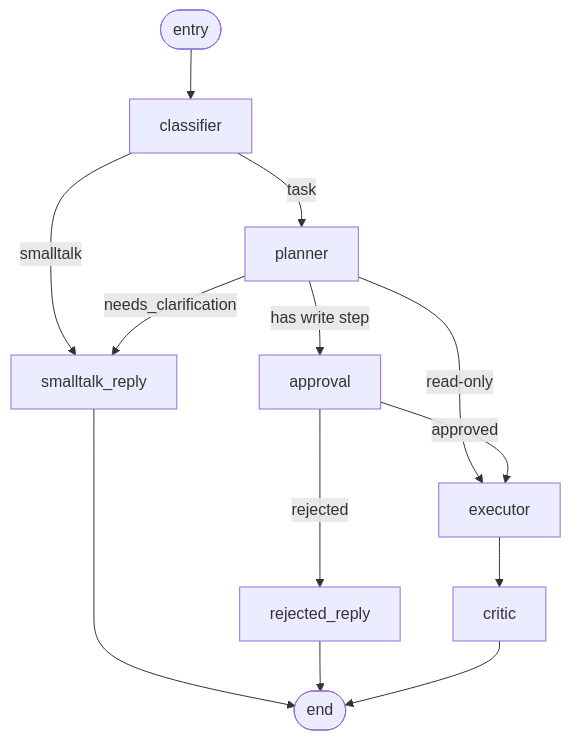
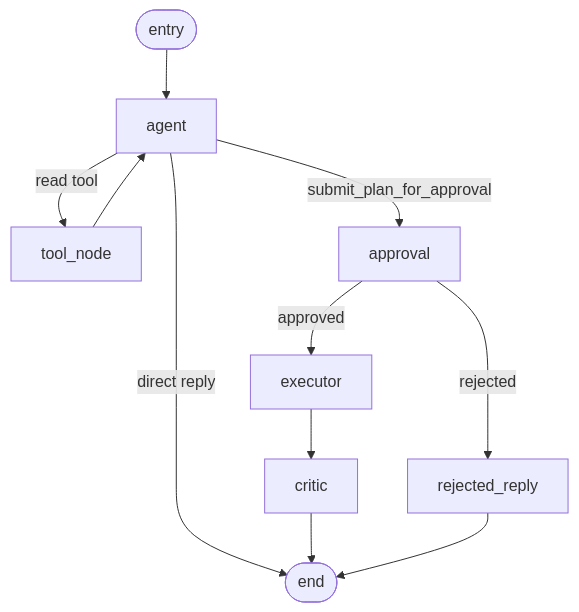
One commit to Sahilgul/lyralabs-cleint-app changed the diagram in README.md. Above: the diagram before and after it, drawn with Mermaid. The commit also changed other lines of this file and 19 other files, not shown here.

````diff
--- a/README.md
+++ b/README.md
@@ -211,12 +211,9 @@
 ```mermaid
 flowchart TD
-    start([entry]) --> classifier
-    classifier -- smalltalk --> smalltalk_reply --> finish([end])
-    classifier -- task --> planner
-    planner -- needs_clarification --> smalltalk_reply
-    planner -- has write step --> approval
-    planner -- read-only --> executor
-    approval -- approved --> executor
+    start([entry]) --> agent
+    agent -- direct reply --> finish([end])
+    agent -- read tool --> tool_node --> agent
+    agent -- submit_plan_for_approval --> approval
+    approval -- approved --> executor --> critic --> finish
     approval -- rejected --> rejected_reply --> finish
-    executor --> critic --> finish
 ```
````
